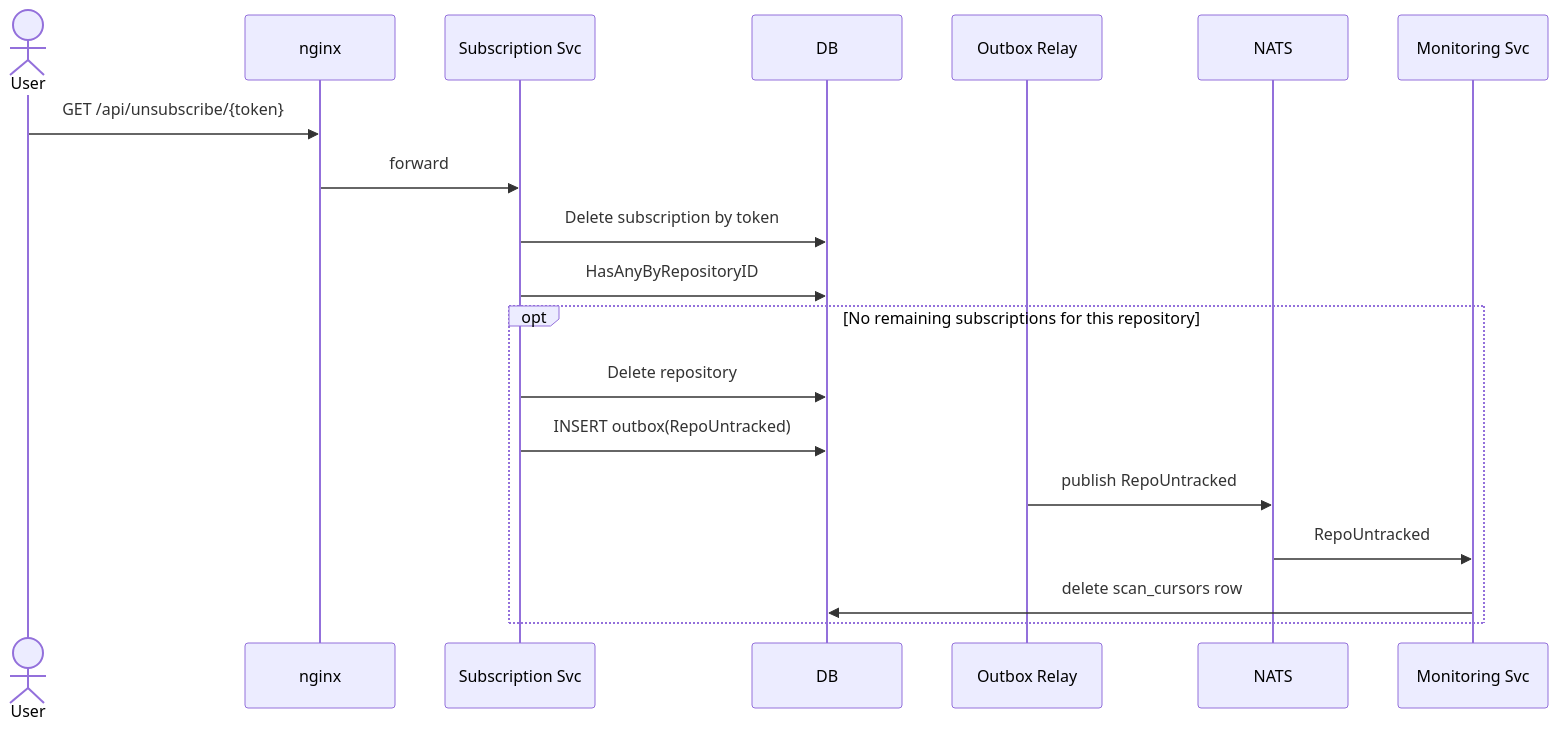
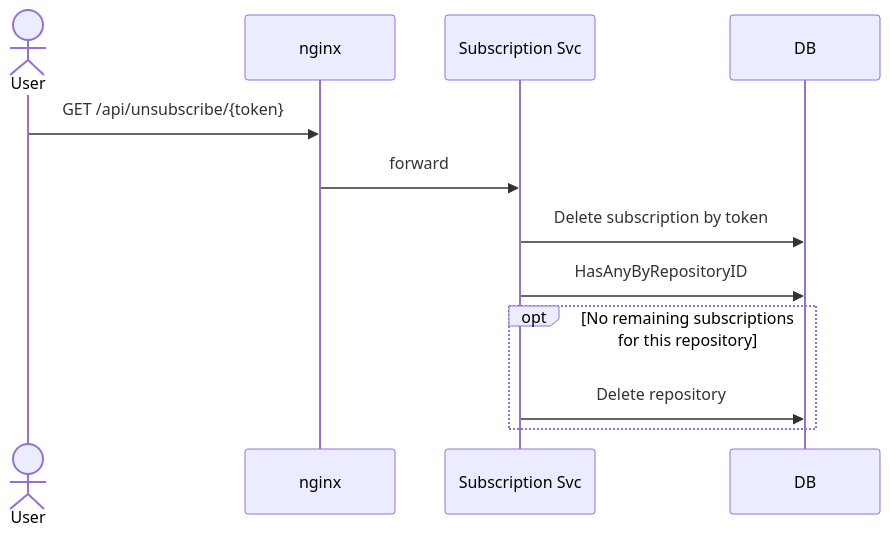
One commit to GenesisEducationKyiv/software-engineering-school-6-0-RodionShapoval5758 changed the fourth of 7 diagrams in docs/SDD.md. Above: the diagram before and after it, drawn with Mermaid. The commit also changed other lines of this file and 8 other files, not shown here.

````diff
--- a/docs/SDD.md
+++ b/docs/SDD.md
@@ -206,22 +199,15 @@
 ```mermaid
 sequenceDiagram
     actor User
     participant nginx
     participant Sub as Subscription Svc
     participant DB
-    participant Relay as Outbox Relay
-    participant NATS
-    participant Mon as Monitoring Svc
 
     User->>nginx: GET /api/unsubscribe/{token}
     nginx->>Sub: forward
     Sub->>DB: Delete subscription by token
     Sub->>DB: HasAnyByRepositoryID
     opt No remaining subscriptions for this repository
         Sub->>DB: Delete repository
-        Sub->>DB: INSERT outbox(RepoUntracked)
-        Relay->>NATS: publish RepoUntracked
-        NATS->>Mon: RepoUntracked
-        Mon->>DB: delete scan_cursors row
     end
 ```
````
